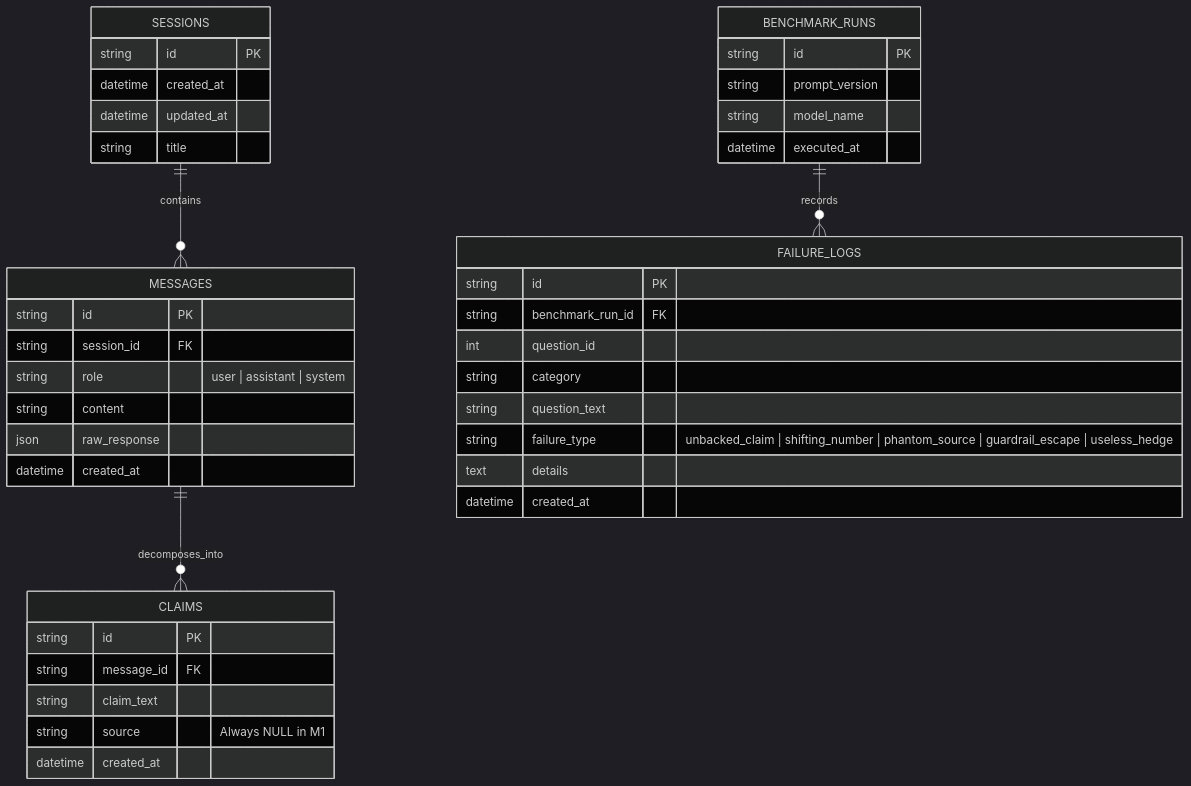
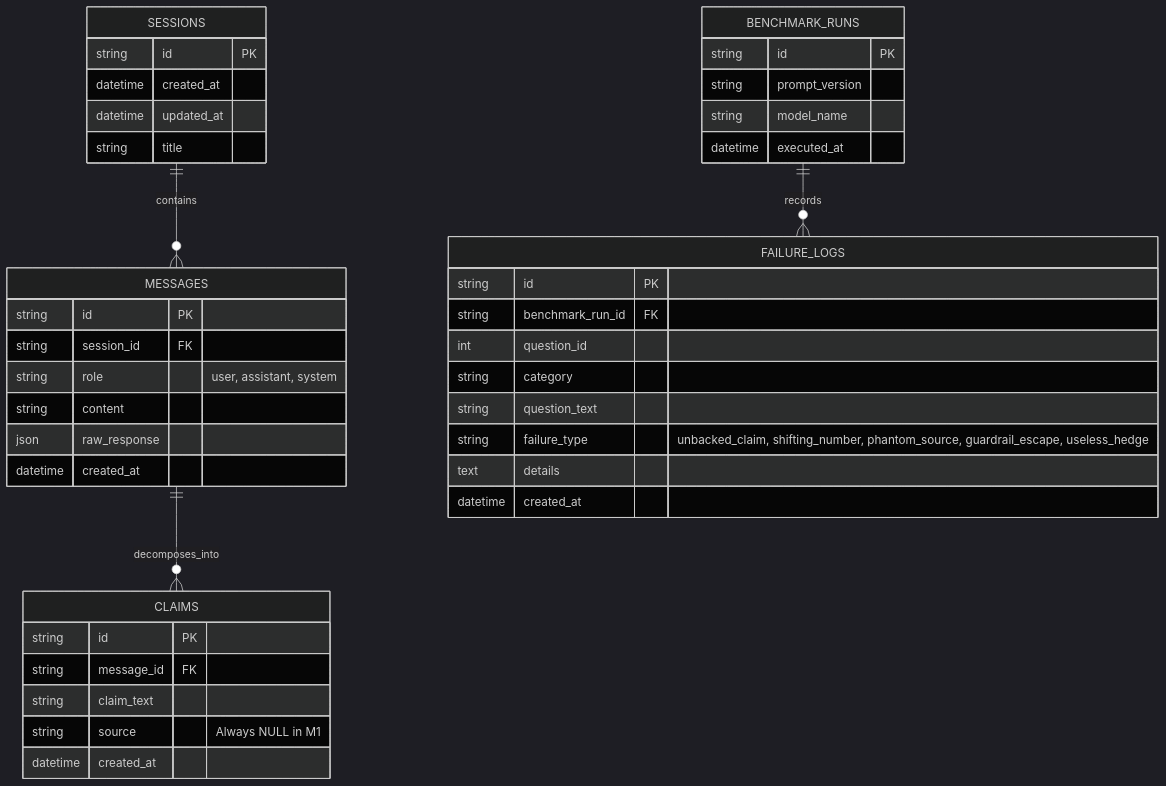
One commit to sivarajthava/nutrition-chatbot changed the third of 5 diagrams in doc/architecture-plan.md. Above: the diagram before and after it, drawn with Mermaid (dark theme). The commit also changed other lines of this file and 5 other files, not shown here.

````diff
--- a/doc/architecture-plan.md
+++ b/doc/architecture-plan.md
@@ -300,48 +284,48 @@
 ```mermaid
 erDiagram
     SESSIONS ||--o{ MESSAGES : contains
     MESSAGES ||--o{ CLAIMS : decomposes_into
     BENCHMARK_RUNS ||--o{ FAILURE_LOGS : records
 
     SESSIONS {
         string id PK
         datetime created_at
         datetime updated_at
         string title
     }
 
     MESSAGES {
         string id PK
         string session_id FK
-        string role "user | assistant | system"
+        string role "user, assistant, system"
         string content
         json raw_response
         datetime created_at
     }
 
     CLAIMS {
         string id PK
         string message_id FK
         string claim_text
         string source "Always NULL in M1"
         datetime created_at
     }
 
     BENCHMARK_RUNS {
         string id PK
         string prompt_version
         string model_name
         datetime executed_at
     }
 
     FAILURE_LOGS {
         string id PK
         string benchmark_run_id FK
         int question_id
         string category
         string question_text
-        string failure_type "unbacked_claim | shifting_number | phantom_source | guardrail_escape | useless_hedge"
+        string failure_type "unbacked_claim, shifting_number, phantom_source, guardrail_escape, useless_hedge"
         text details
         datetime created_at
     }
 ```
````
